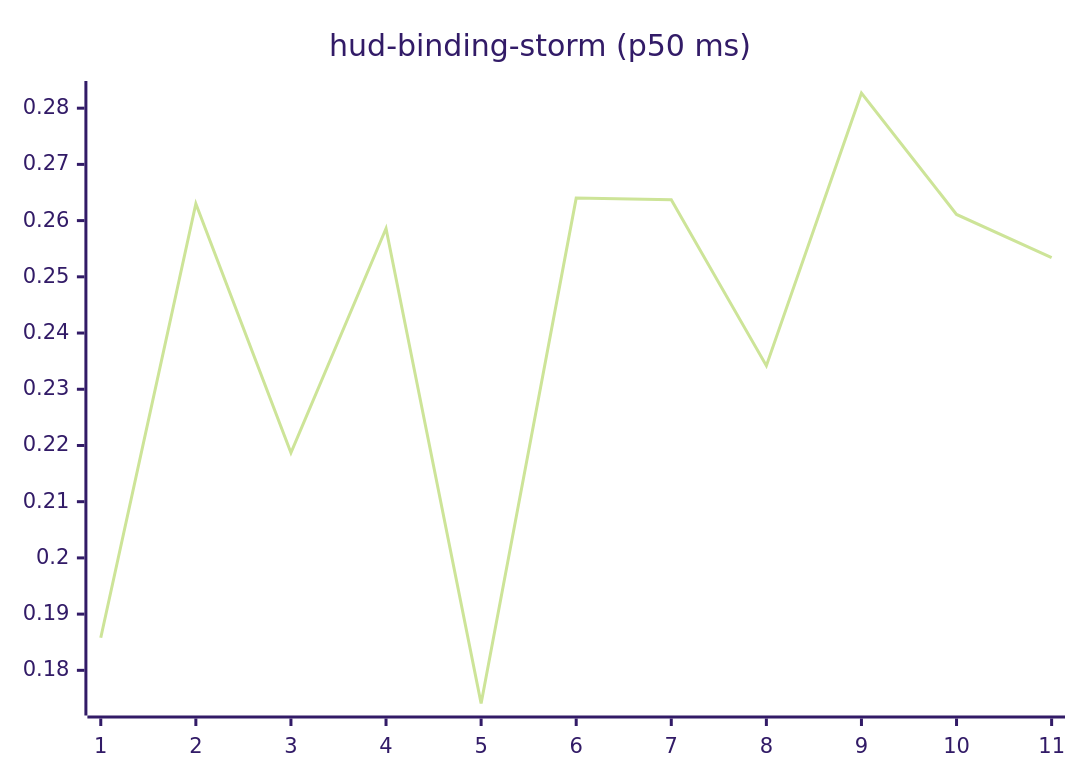
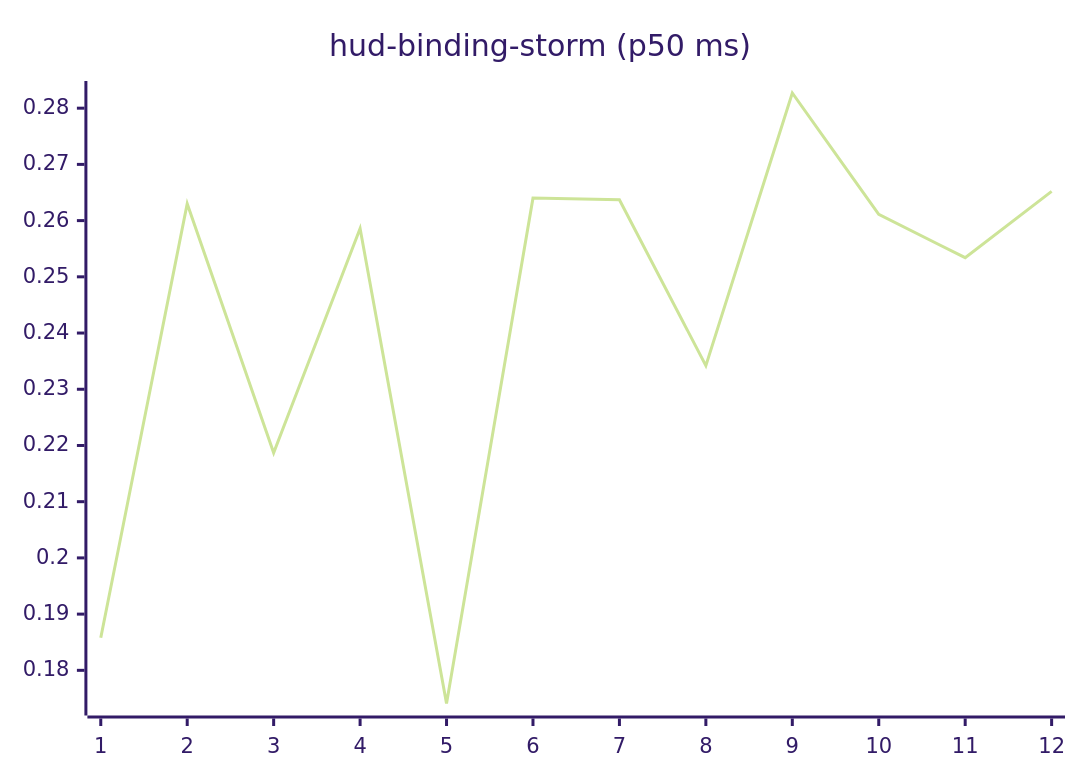
The tenth of 27 diagrams in README.md (josha/Facet), drawn with Mermaid (forest theme) before and after one commit. The commit also changed other lines of this file and 2 other files, not shown here.

````diff
--- a/README.md
+++ b/README.md
@@ -126,6 +126,6 @@
 ```mermaid
 xychart-beta
     title "hud-binding-storm (p50 ms)"
-    x-axis 1 --> 11
-    line [0.1858, 0.2630, 0.2187, 0.2586, 0.1741, 0.2640, 0.2637, 0.2342, 0.2827, 0.2611, 0.2534]
+    x-axis 1 --> 12
+    line [0.1858, 0.2630, 0.2187, 0.2586, 0.1741, 0.2640, 0.2637, 0.2342, 0.2827, 0.2611, 0.2534, 0.2652]
 ```
````
